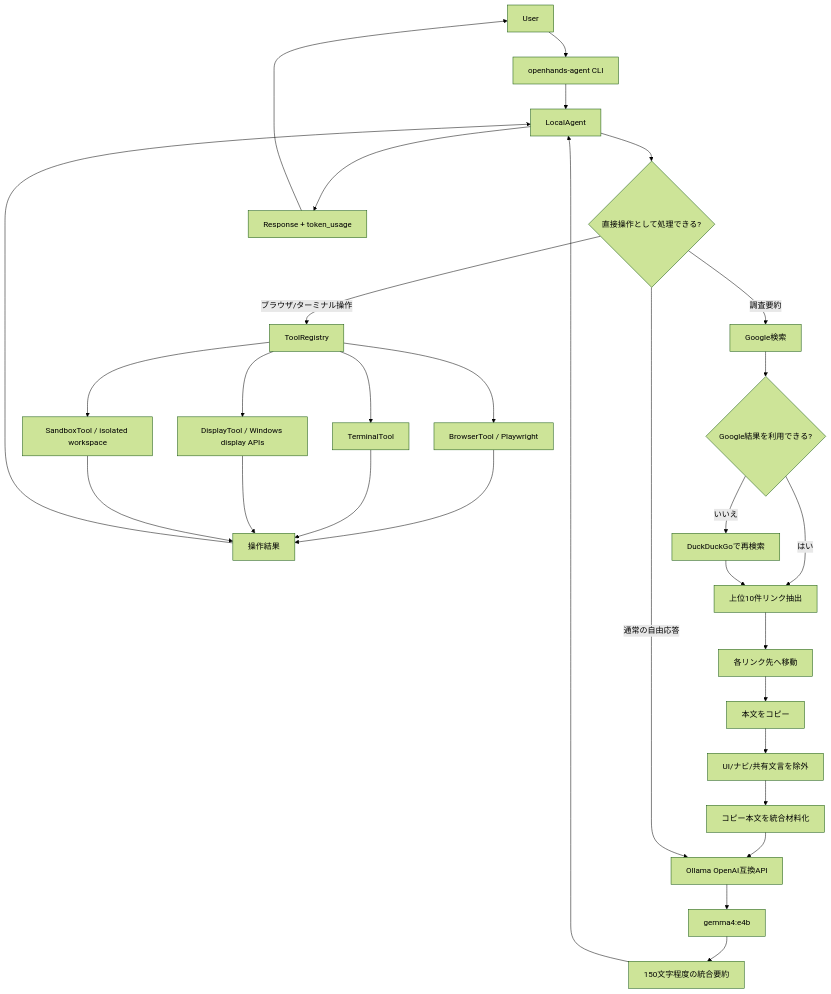
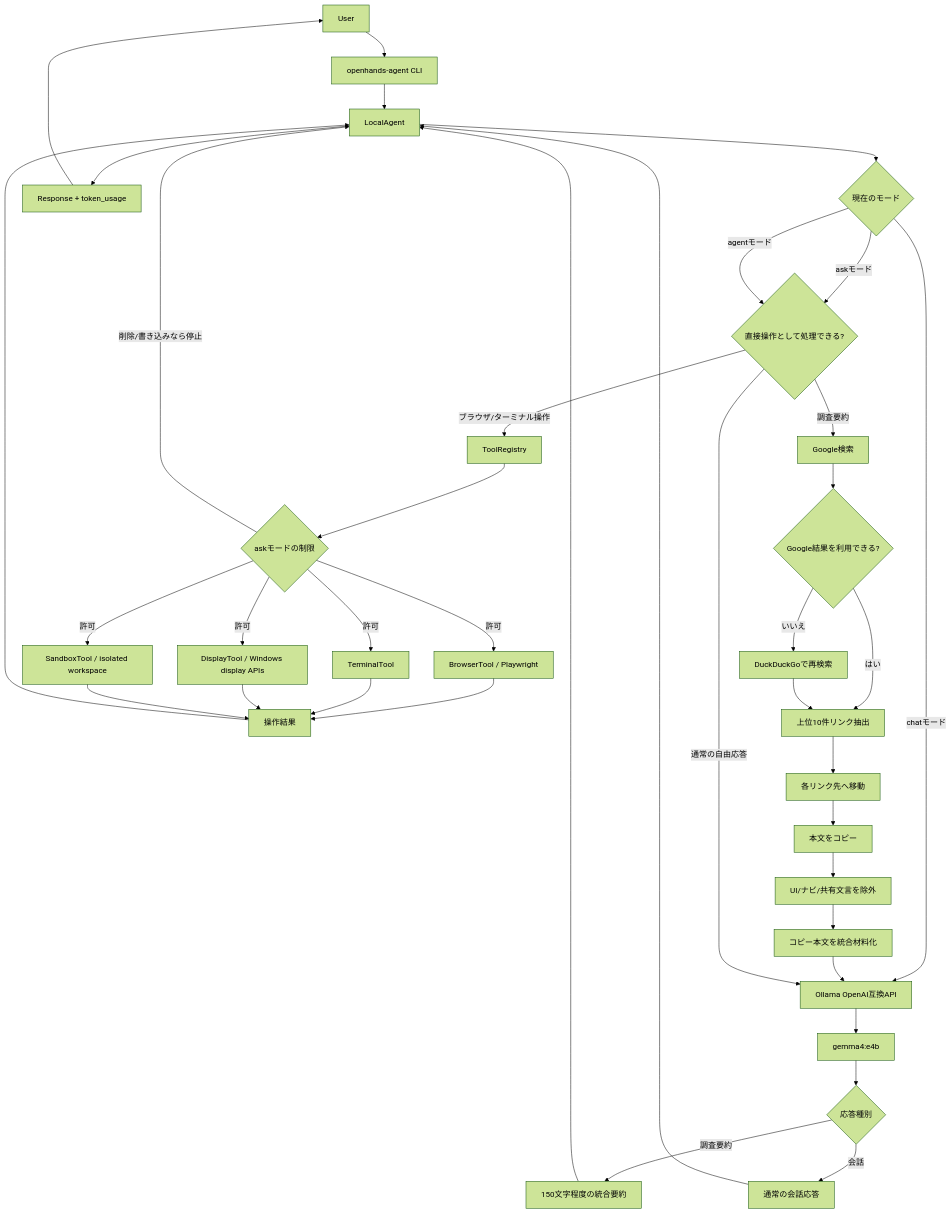
Before and after one commit to kazukiminemura/OpenFlow: the diagram in Readme.md, drawn with Mermaid (forest theme). The commit also changed other lines of this file and 2 other files, not shown here.

Commit message:
Add chat and ask agent modes

````diff
--- a/Readme.md
+++ b/Readme.md
@@ -64,36 +76,48 @@
 ```mermaid
 flowchart TD
     U[User] --> CLI[openhands-agent CLI]
     CLI --> A[LocalAgent]
 
-    A --> D{直接操作として処理できる?}
+    A --> MD{現在のモード}
+    MD -->|chatモード| O[Ollama OpenAI互換API]
+    MD -->|askモード| D{直接操作として処理できる?}
+    MD -->|agentモード| D
     D -->|ブラウザ/ターミナル操作| T[ToolRegistry]
-    T --> B[BrowserTool / Playwright]
-    T --> S[TerminalTool]
-    T --> DT[DisplayTool / Windows display APIs]
-    T --> SB[SandboxTool / isolated workspace]
+    T --> AR{askモードの制限}
+    AR -->|削除/書き込みなら停止| A
+    AR -->|許可| B
+    AR -->|許可| S
+    AR -->|許可| DT
+    AR -->|許可| SB
+    B[BrowserTool / Playwright]
+    S[TerminalTool]
+    DT[DisplayTool / Windows display APIs]
+    SB[SandboxTool / isolated workspace]
     B --> R1[操作結果]
     S --> R1
     DT --> R1
     SB --> R1
     R1 --> A
 
     D -->|調査要約| G[Google検索]
     G --> GF{Google結果を利用できる?}
     GF -->|はい| L[上位10件リンク抽出]
     GF -->|いいえ| DD[DuckDuckGoで再検索]
     DD --> L
 
     L --> P[各リンク先へ移動]
     P --> C[本文をコピー]
     C --> F[UI/ナビ/共有文言を除外]
     F --> M[コピー本文を統合材料化]
-    M --> O[Ollama OpenAI互換API]
+    M --> O
     O --> LLM[gemma4:e4b]
-    LLM --> SUM[150文字程度の統合要約]
+    LLM --> LR{応答種別}
+    LR -->|調査要約| SUM[150文字程度の統合要約]
     SUM --> A
 
     D -->|通常の自由応答| O
+    LR -->|会話| CHAT[通常の会話応答]
+    CHAT --> A
     A --> OUT[Response + token_usage]
     OUT --> U
 ```
````
